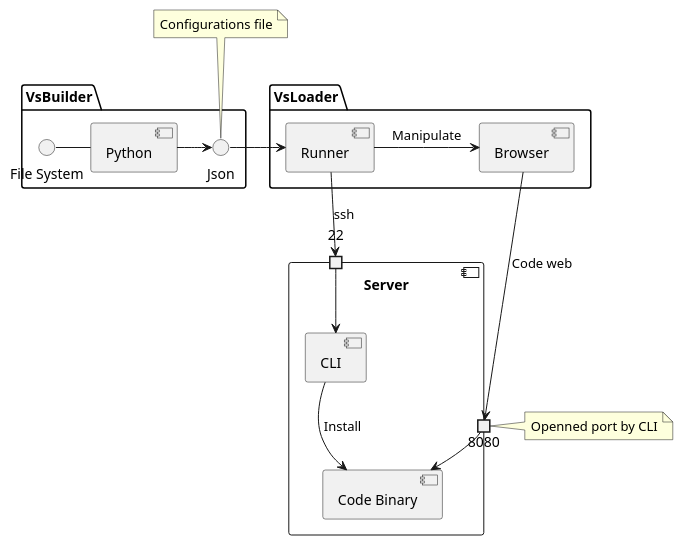
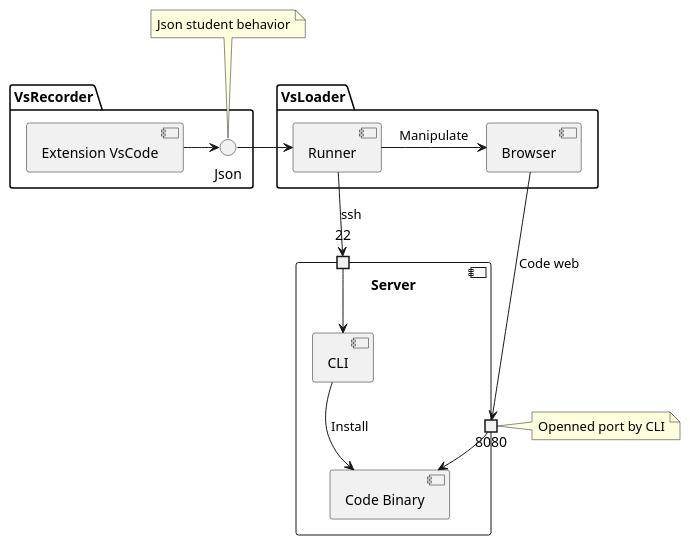
The diagram in rapport/diagramms/components.plantuml (StevenSermeus/vsloader), drawn with PlantUML before and after one commit. The commit also changed 68 other files, not shown here.

```diff
--- a/rapport/diagramms/components.plantuml
+++ b/rapport/diagramms/components.plantuml
@@ -1,41 +1,40 @@
 @startuml "Component"
 
 
-package VsBuilder{
-  "File System" - [Python]
-  [Python] -> "Json"
+package VsRecorder{
+  [Extension VsCode] -> "Json"
 }
 
 
 
 package VsLoader{
   "Json" -left-> [Runner]
   [Browser]
   [Runner]
   Runner -> Browser : Manipulate
 }
 
 
 component Server{
   [CLI] --> [Code Binary] : Install
   portin 22
   portout 8080
 }
 
 22 -> CLI
 
 Runner --> 22: ssh
 Browser --> 8080: Code web
 8080 --> [Code Binary]
 
 note left of 8080
   Openned port by CLI
 end note
 
 note as JsonNote
-  Configurations file
+  Json student behavior
 end note
 
 JsonNote .. Json
 
 @enduml
```
